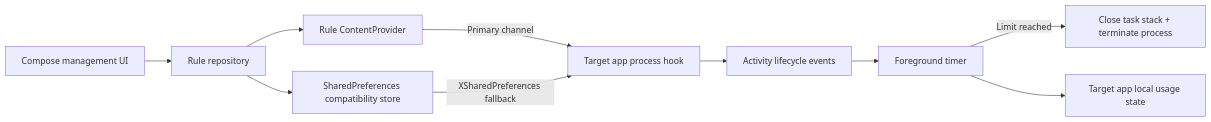
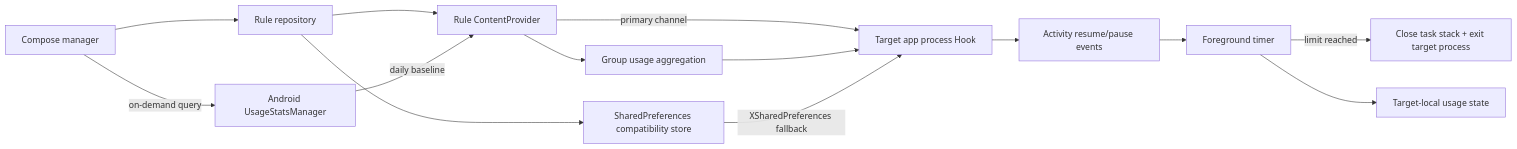
The diagram in README.en.md (Xposed-Modules-Repo/com.liuml.apptimelimiter), drawn with Mermaid before and after one commit. The commit also changed other lines of this file and 19 other files, not shown here.

````diff
--- a/README.en.md
+++ b/README.en.md
@@ -34,12 +46,16 @@
 ```mermaid
 flowchart LR
-    UI["Compose management UI"] --> Repo["Rule repository"]
+    UI["Compose manager"] --> Repo["Rule repository"]
     Repo --> Provider["Rule ContentProvider"]
     Repo --> Prefs["SharedPreferences compatibility store"]
-    Provider -->|"Primary channel"| Hook["Target app process hook"]
+    Provider -->|"primary channel"| Hook["Target app process Hook"]
+    Provider --> Groups["Group usage aggregation"]
+    Groups --> Hook
     Prefs -->|"XSharedPreferences fallback"| Hook
-    Hook --> Lifecycle["Activity lifecycle events"]
+    Hook --> Lifecycle["Activity resume/pause events"]
     Lifecycle --> Timer["Foreground timer"]
-    Timer -->|"Limit reached"| Exit["Close task stack + terminate process"]
-    Timer --> State["Target app local usage state"]
+    Timer -->|"limit reached"| Exit["Close task stack + exit target process"]
+    Timer --> State["Target-local usage state"]
+    UI -->|"on-demand query"| UsageStats["Android UsageStatsManager"]
+    UsageStats -->|"daily baseline"| Provider
 ```
````
